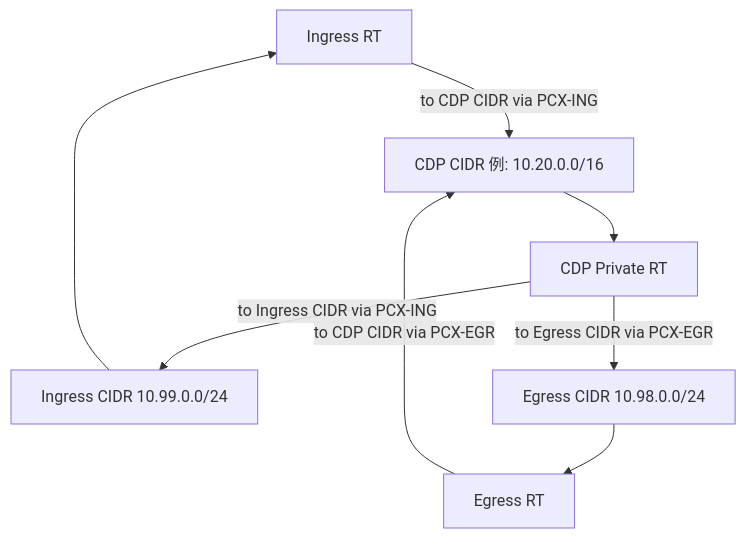
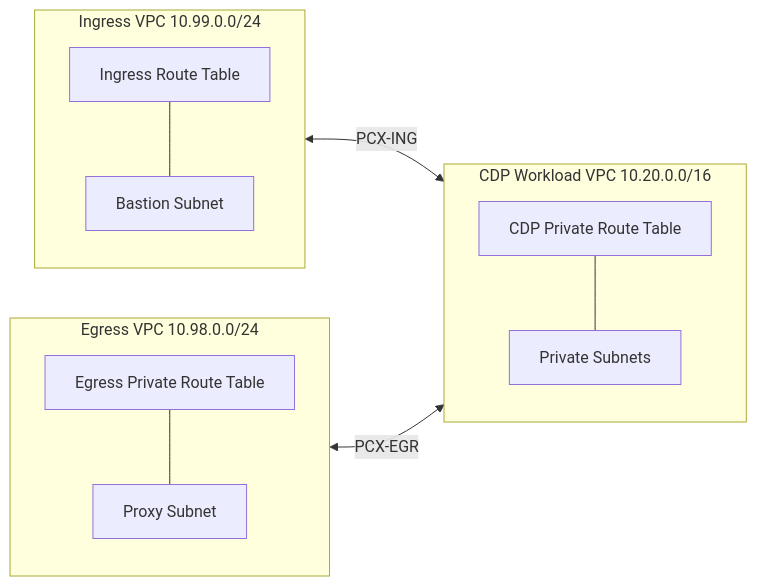
One commit to tsugiyama-cloudera/cdp-tf-fullprivate-incubate changed the second of 2 diagrams in docs/network-design-full-private.md. Above: the diagram before and after it, drawn with Mermaid. The commit also changed other lines of this file, not shown here.

Commit message:
fix mermaid diagram for VPC Peering RT

````diff
--- a/docs/network-design-full-private.md
+++ b/docs/network-design-full-private.md
@@ -191,19 +191,23 @@
 ```mermaid
-flowchart TD
-  IR[Ingress RT]
-  CR[CDP Private RT]
-  ER[Egress RT]
-  I[Ingress CIDR 10.99.0.0/24]
-  C[CDP CIDR 例: 10.20.0.0/16]
-  E[Egress CIDR 10.98.0.0/24]
+flowchart LR
+  subgraph ingress_vpc["Ingress VPC 10.99.0.0/24"]
+    ingress_rt["Ingress Route Table"]
+    ingress_subnet["Bastion Subnet"]
+    ingress_rt --- ingress_subnet
+  end
 
-  I --> IR
-  C --> CR
-  E --> ER
+  subgraph cdp_vpc["CDP Workload VPC 10.20.0.0/16"]
+    cdp_rt["CDP Private Route Table"]
+    cdp_subnet["Private Subnets"]
+    cdp_rt --- cdp_subnet
+  end
 
-  IR -->|to CDP CIDR via PCX-ING| C
-  CR -->|to Ingress CIDR via PCX-ING| I
+  subgraph egress_vpc["Egress VPC 10.98.0.0/24"]
+    egress_rt["Egress Private Route Table"]
+    egress_subnet["Proxy Subnet"]
+    egress_rt --- egress_subnet
+  end
 
-  ER -->|to CDP CIDR via PCX-EGR| C
-  CR -->|to Egress CIDR via PCX-EGR| E
+  ingress_vpc <-->|"PCX-ING"| cdp_vpc
+  egress_vpc <-->|"PCX-EGR"| cdp_vpc
 ```
````
